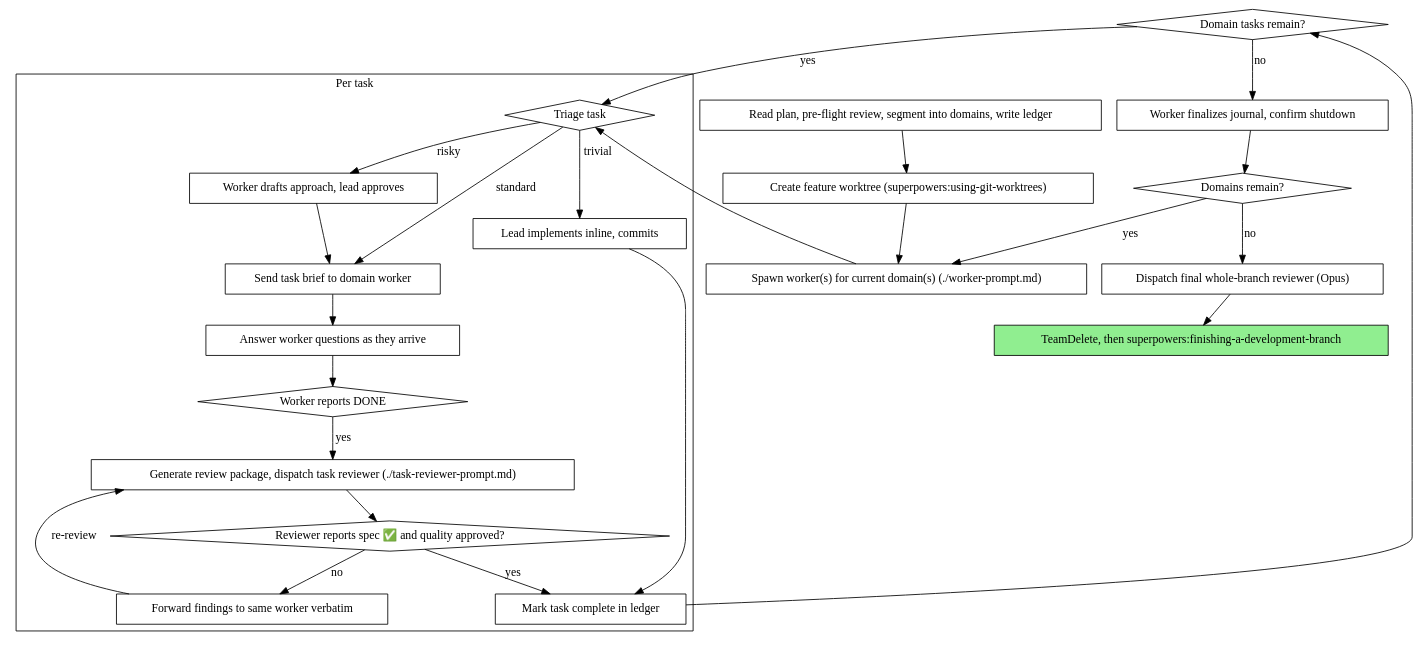
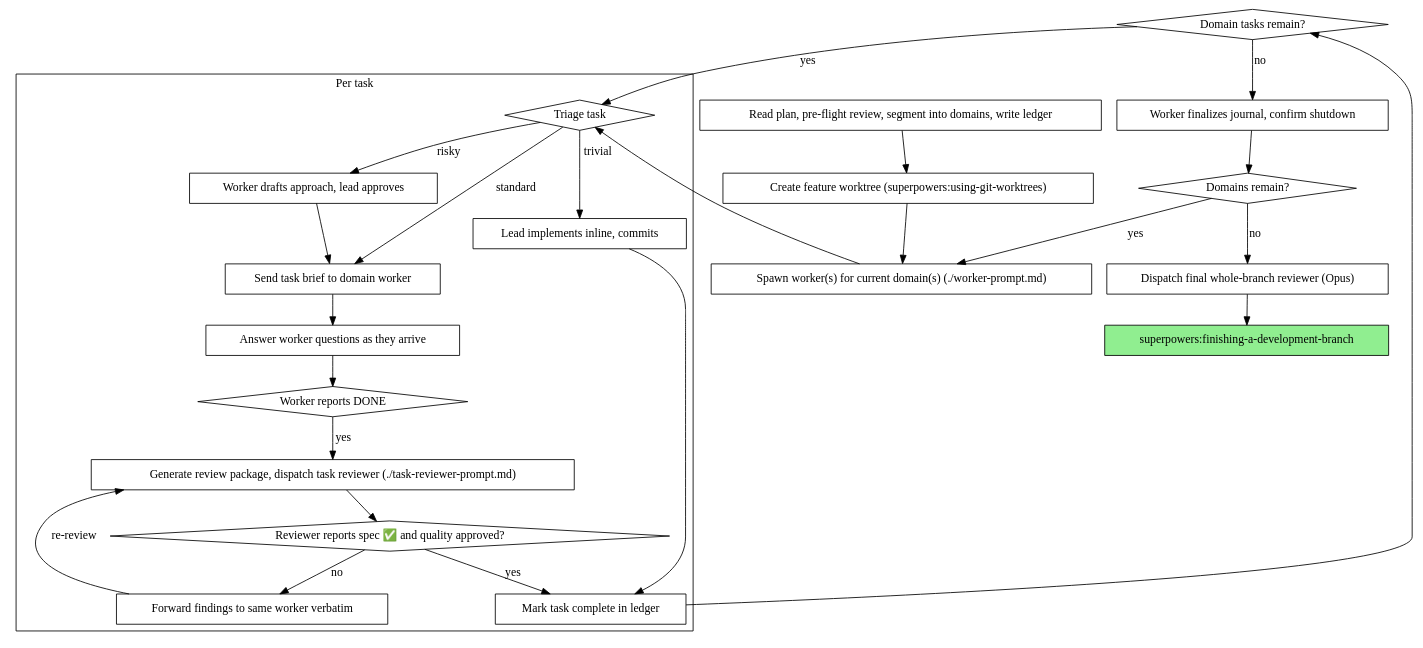
The second of 2 diagrams in plugins/team-development/skills/team-driven-development/SKILL.md (frasalvi/claude-plugins-frasalvi), drawn with Graphviz before and after one commit. The commit also changed other lines of this file and 2 other files, not shown here.

First line of the commit message:
fix: align skill with implicit-team harness (no TeamCreate/TeamDelete)

````diff
--- a/plugins/team-development/skills/team-driven-development/SKILL.md
+++ b/plugins/team-development/skills/team-driven-development/SKILL.md
@@ -65,52 +65,52 @@
 ```dot
 digraph process {
     rankdir=TB;
 
     "Read plan, pre-flight review, segment into domains, write ledger" [shape=box];
     "Create feature worktree (superpowers:using-git-worktrees)" [shape=box];
     "Spawn worker(s) for current domain(s) (./worker-prompt.md)" [shape=box];
 
     subgraph cluster_per_task {
         label="Per task";
         "Triage task" [shape=diamond];
         "Lead implements inline, commits" [shape=box];
         "Worker drafts approach, lead approves" [shape=box];
         "Send task brief to domain worker" [shape=box];
         "Answer worker questions as they arrive" [shape=box];
         "Worker reports DONE" [shape=diamond];
         "Generate review package, dispatch task reviewer (./task-reviewer-prompt.md)" [shape=box];
         "Reviewer reports spec ✅ and quality approved?" [shape=diamond];
         "Forward findings to same worker verbatim" [shape=box];
         "Mark task complete in ledger" [shape=box];
     }
 
     "Domain tasks remain?" [shape=diamond];
     "Worker finalizes journal, confirm shutdown" [shape=box];
     "Domains remain?" [shape=diamond];
     "Dispatch final whole-branch reviewer (Opus)" [shape=box];
-    "TeamDelete, then superpowers:finishing-a-development-branch" [shape=box style=filled fillcolor=lightgreen];
+    "superpowers:finishing-a-development-branch" [shape=box style=filled fillcolor=lightgreen];
 
     "Read plan, pre-flight review, segment into domains, write ledger" -> "Create feature worktree (superpowers:using-git-worktrees)";
     "Create feature worktree (superpowers:using-git-worktrees)" -> "Spawn worker(s) for current domain(s) (./worker-prompt.md)";
     "Spawn worker(s) for current domain(s) (./worker-prompt.md)" -> "Triage task";
     "Triage task" -> "Lead implements inline, commits" [label="trivial"];
     "Triage task" -> "Worker drafts approach, lead approves" [label="risky"];
     "Triage task" -> "Send task brief to domain worker" [label="standard"];
     "Worker drafts approach, lead approves" -> "Send task brief to domain worker";
     "Send task brief to domain worker" -> "Answer worker questions as they arrive";
     "Answer worker questions as they arrive" -> "Worker reports DONE";
     "Worker reports DONE" -> "Generate review package, dispatch task reviewer (./task-reviewer-prompt.md)" [label="yes"];
     "Generate review package, dispatch task reviewer (./task-reviewer-prompt.md)" -> "Reviewer reports spec ✅ and quality approved?";
     "Reviewer reports spec ✅ and quality approved?" -> "Forward findings to same worker verbatim" [label="no"];
     "Forward findings to same worker verbatim" -> "Generate review package, dispatch task reviewer (./task-reviewer-prompt.md)" [label="re-review"];
     "Reviewer reports spec ✅ and quality approved?" -> "Mark task complete in ledger" [label="yes"];
     "Lead implements inline, commits" -> "Mark task complete in ledger";
     "Mark task complete in ledger" -> "Domain tasks remain?";
     "Domain tasks remain?" -> "Triage task" [label="yes"];
     "Domain tasks remain?" -> "Worker finalizes journal, confirm shutdown" [label="no"];
     "Worker finalizes journal, confirm shutdown" -> "Domains remain?";
     "Domains remain?" -> "Spawn worker(s) for current domain(s) (./worker-prompt.md)" [label="yes"];
     "Domains remain?" -> "Dispatch final whole-branch reviewer (Opus)" [label="no"];
-    "Dispatch final whole-branch reviewer (Opus)" -> "TeamDelete, then superpowers:finishing-a-development-branch";
+    "Dispatch final whole-branch reviewer (Opus)" -> "superpowers:finishing-a-development-branch";
 }
 ```
````
